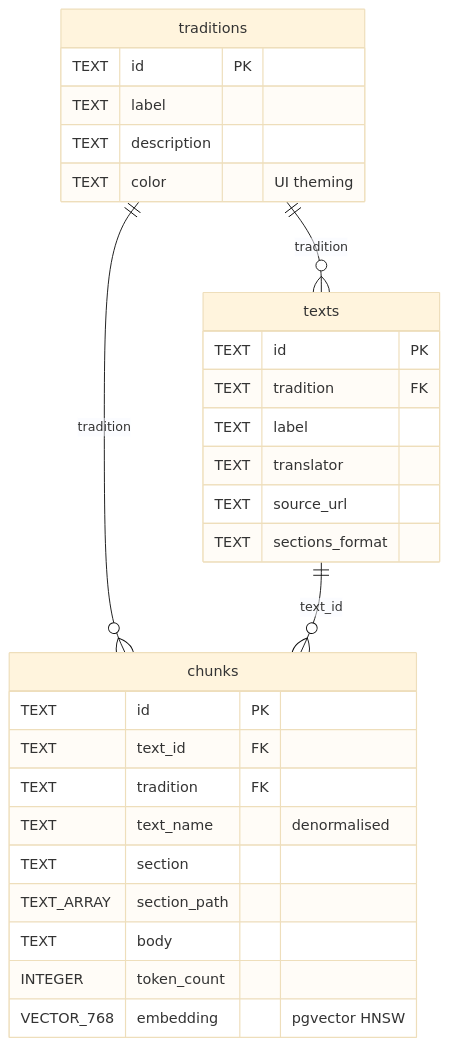
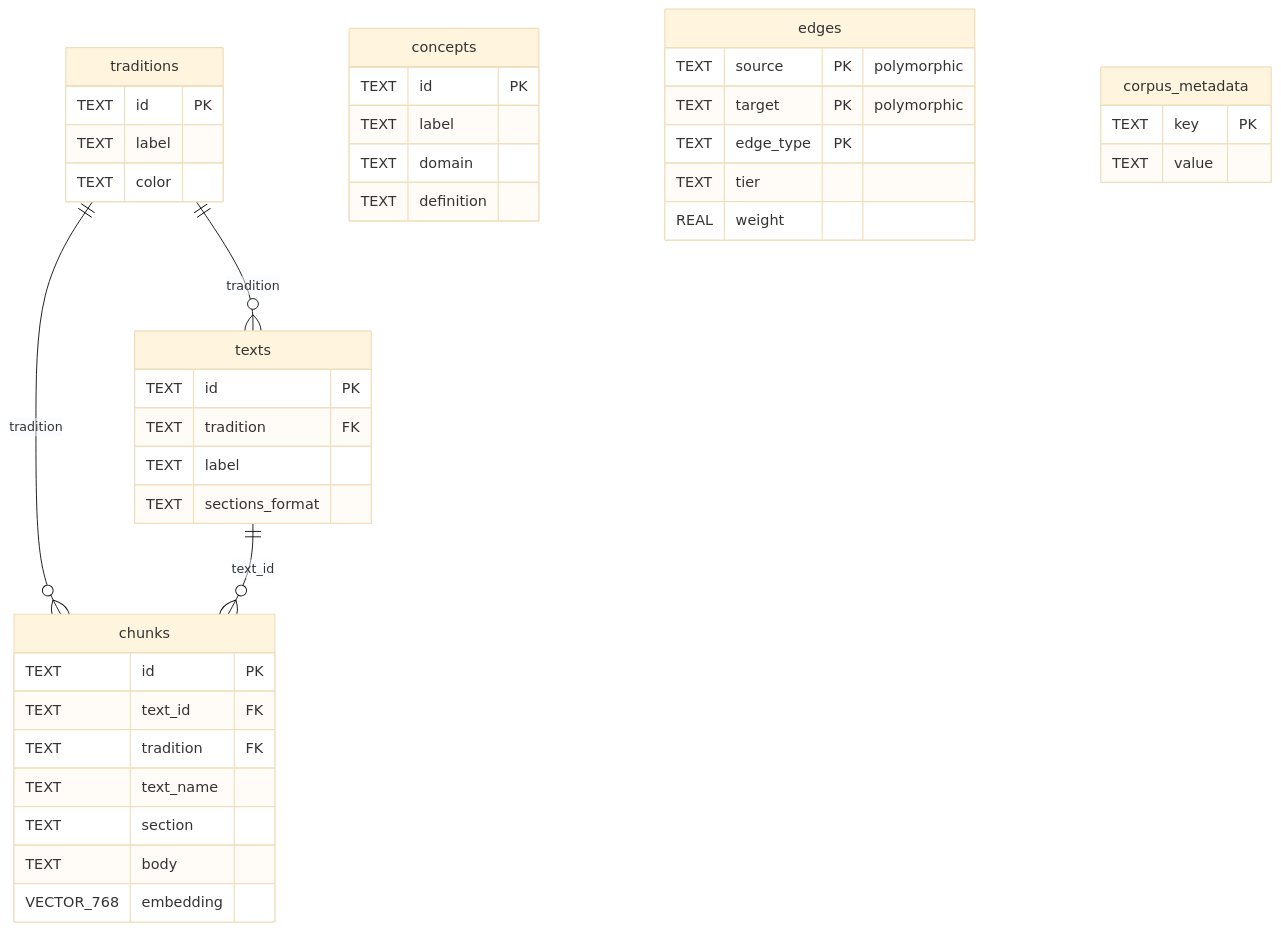
Before and after one commit to 4-R-C-4-N-4/guru: the third of 4 diagrams in docs/concept-hierarchy/schema-diagrams.md, drawn with Mermaid (base theme). The commit also changed other lines of this file and 10 other files, not shown here.

First line of the commit message:
concept-hierarchy: four whole-DB diagrams instead of six sub-diagrams

````diff
--- a/docs/concept-hierarchy/schema-diagrams.md
+++ b/docs/concept-hierarchy/schema-diagrams.md
@@ -162,34 +184,49 @@
 ```mermaid
 erDiagram
     traditions {
         TEXT id PK
         TEXT label
-        TEXT description
-        TEXT color "UI theming"
+        TEXT color
     }
 
     texts {
         TEXT id PK
         TEXT tradition FK
         TEXT label
-        TEXT translator
-        TEXT source_url
         TEXT sections_format
+    }
+
+    concepts {
+        TEXT id PK
+        TEXT label
+        TEXT domain
+        TEXT definition
     }
 
     chunks {
         TEXT id PK
         TEXT text_id FK
         TEXT tradition FK
-        TEXT text_name "denormalised"
+        TEXT text_name
         TEXT section
-        TEXT_ARRAY section_path
         TEXT body
-        INTEGER token_count
-        VECTOR_768 embedding "pgvector HNSW"
+        VECTOR_768 embedding
+    }
+
+    edges {
+        TEXT source PK "polymorphic"
+        TEXT target PK "polymorphic"
+        TEXT edge_type PK
+        TEXT tier
+        REAL weight
+    }
+
+    corpus_metadata {
+        TEXT key PK
+        TEXT value
     }
 
     traditions ||--o{ texts : "tradition"
     traditions ||--o{ chunks : "tradition"
     texts ||--o{ chunks : "text_id"
 ```
````
